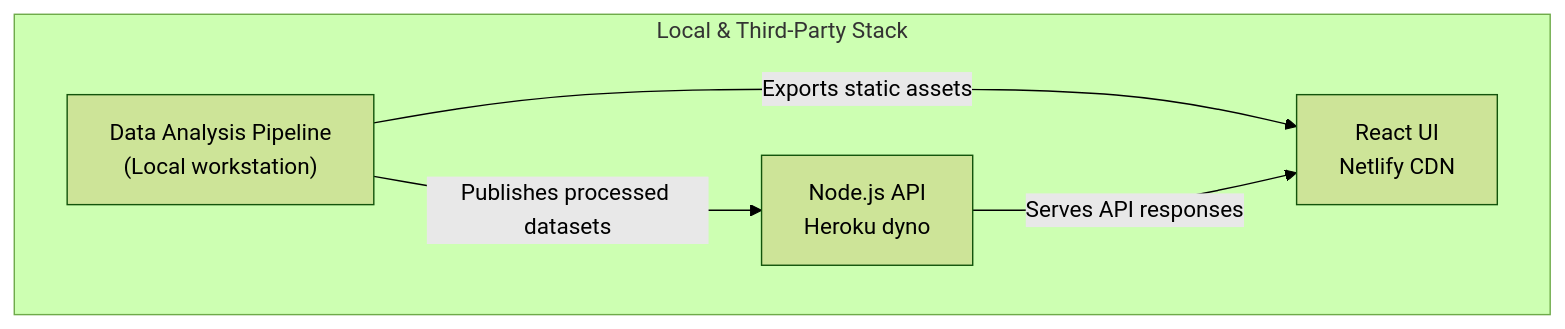
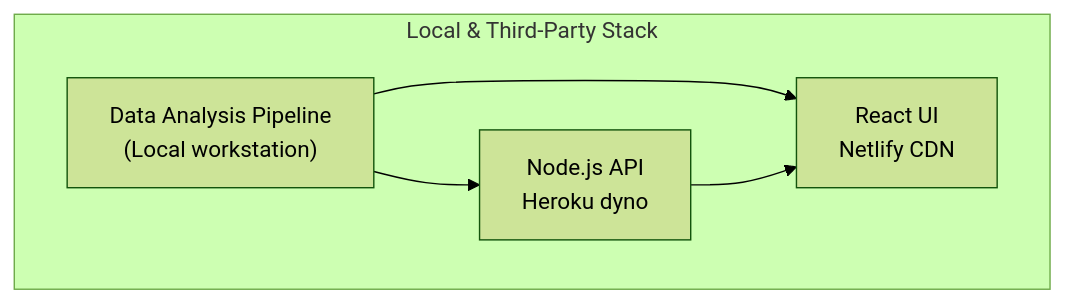
Before and after one commit to kkatodus/kokkai_analysis: the first of 2 diagrams in README.md, drawn with Mermaid (forest theme). The commit also changed other lines of this file and 3 other files, not shown here.

````diff
--- a/README.md
+++ b/README.md
@@ -7,12 +183,12 @@
 ```mermaid
 flowchart TD
     subgraph Local["Local & Third-Party Stack"]
         LocalPipeline["Data Analysis Pipeline<br/>(Local workstation)"]
         HerokuBackend["Node.js API<br/>Heroku dyno"]
         NetlifyFrontend["React UI<br/>Netlify CDN"]
     end
 
-    LocalPipeline -- "Publishes processed datasets" --> HerokuBackend
-    LocalPipeline -- "Exports static assets" --> NetlifyFrontend
-    HerokuBackend -- "Serves API responses" --> NetlifyFrontend
+    LocalPipeline --> HerokuBackend
+    LocalPipeline --> NetlifyFrontend
+    HerokuBackend --> NetlifyFrontend
 ```
````
